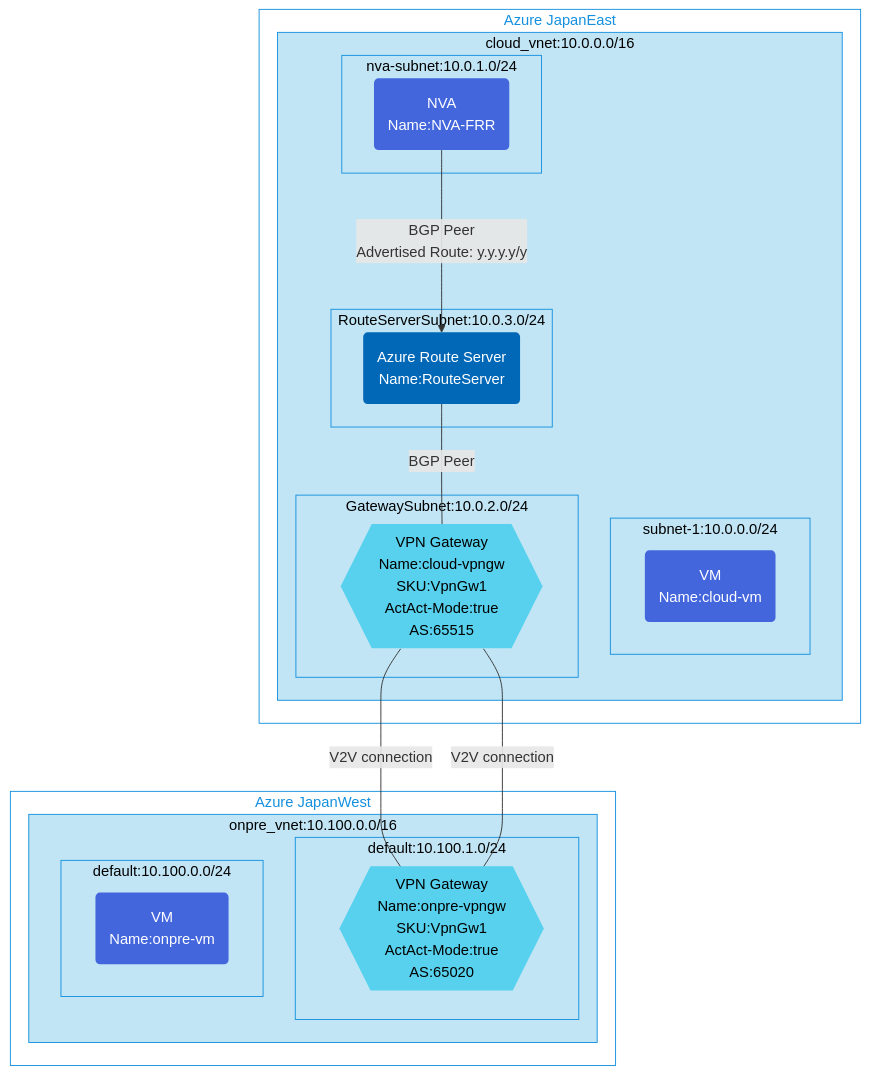
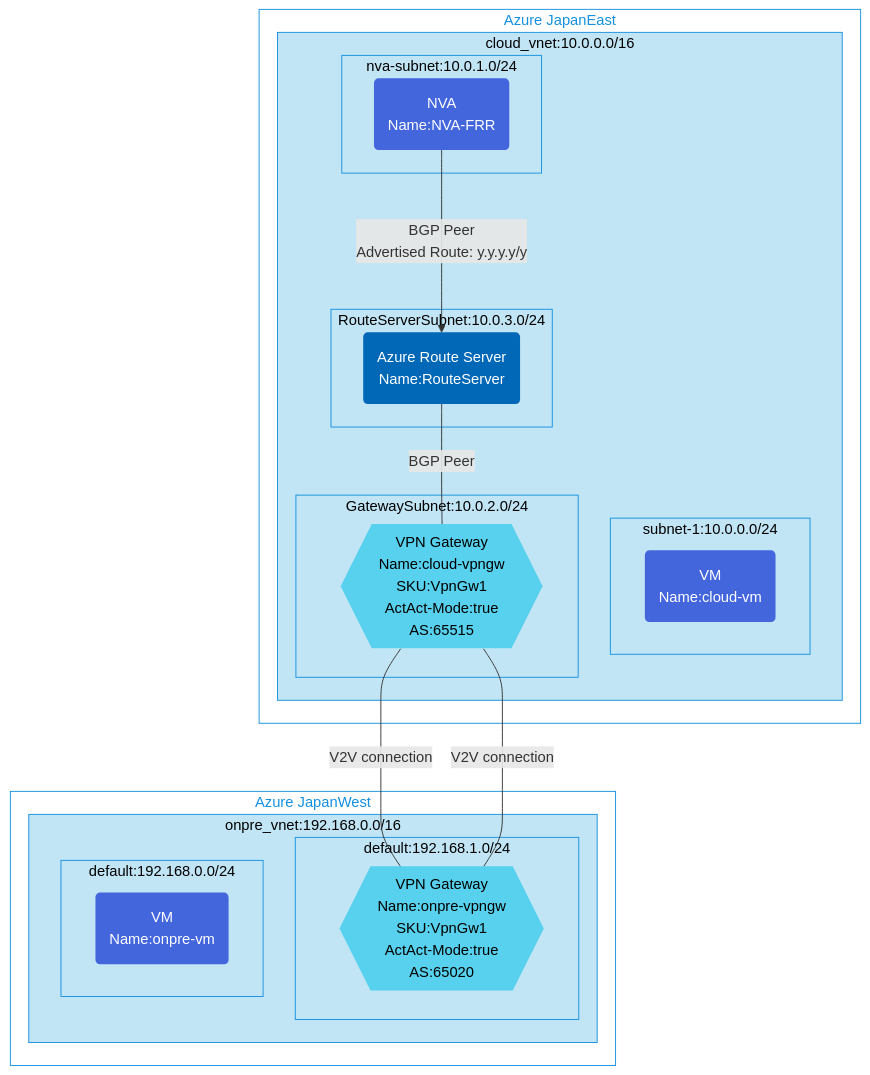
Before and after one commit to toizumi03/bicep-templates: the diagram in nva-advertised-route-toRS/README.md, drawn with Mermaid.

````diff
--- a/nva-advertised-route-toRS/README.md
+++ b/nva-advertised-route-toRS/README.md
@@ -3,60 +3,60 @@
 ```mermaid
 graph TB;
 %% Groups and Services
 subgraph GR2[Azure JapanWest]
-  subgraph GV2[onpre_vnet:10.100.0.0/16]
-     subgraph GVS6[default:10.100.1.0/24]
+  subgraph GV2[onpre_vnet:192.168.0.0/16]
+     subgraph GVS6[default:192.168.1.0/24]
       VPNGW2{{"VPN Gateway<br/>Name:onpre-vpngw<br/>SKU:VpnGw1<br/>ActAct-Mode:true<br/>AS:65020"}}
     end
-      subgraph GVS7[default:10.100.0.0/24]
+      subgraph GVS7[default:192.168.0.0/24]
         CP3("VM<br/>Name:onpre-vm")
     end
 end
 end
 subgraph GR1[Azure JapanEast]
   subgraph GV1[cloud_vnet:10.0.0.0/16]
       subgraph GVS1[subnet-1:10.0.0.0/24]
         CP1("VM<br/>Name:cloud-vm")
       end
       subgraph GVS2[nva-subnet:10.0.1.0/24]
         CP2("NVA<br/>Name:NVA-FRR")
       end
       subgraph GVS4[RouteServerSubnet:10.0.3.0/24]
         RS("Azure Route Server<br/>Name:RouteServer")
       end
       subgraph GVS3[GatewaySubnet:10.0.2.0/24]
         VPNGW1{{"VPN Gateway<br/>Name:cloud-vpngw<br/>SKU:VpnGw1<br/>ActAct-Mode:true<br/>AS:65515"}}
       end
 end
 end
 
 %% Relation for resources
 VPNGW1 --V2V connection--- VPNGW2
 VPNGW1 --V2V connection--- VPNGW2
 CP2 --BGP Peer<br/>Advertised Route: y.y.y.y/y---> RS
 RS --BGP Peer--- VPNGW1
 
 %% Groups style
 classDef GSR fill:#fff,color:#1490df,stroke:#1490df
 class GR1,GR2 GSR
 
 classDef SGV1 fill:#c1e5f5,color:#000,stroke:#1490df
 class GV1,GVS1,GVS2,GVS3,GVS4,GVS5,GVS6,GVS7 SGV1
 
 classDef SGV2 fill:#c1e5f5,color:#000,stroke:#1490df
 class GV2 SGV2
  
 %% Service Style
 classDef SCP fill:#4466dd,color:#fff,stroke:none
 class CP1,CP2,CP3 SCP
 
 classDef SVPNGW fill:#57d1ed,color:#000,stroke:none
 class VPNGW1,VPNGW2 SVPNGW
 
 classDef SRS fill:#0068b7,color:#fff,stroke:none
 class RS SRS
 
 classDef SLNGW fill:#70b126,color:#fff,stroke:none
 class LNGW1,LNGW2 SLNGW
 
 ```
````
